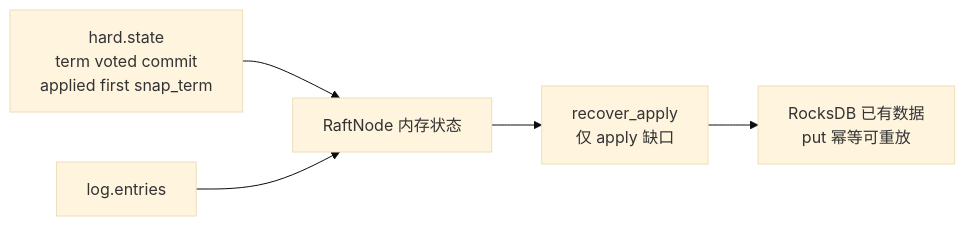
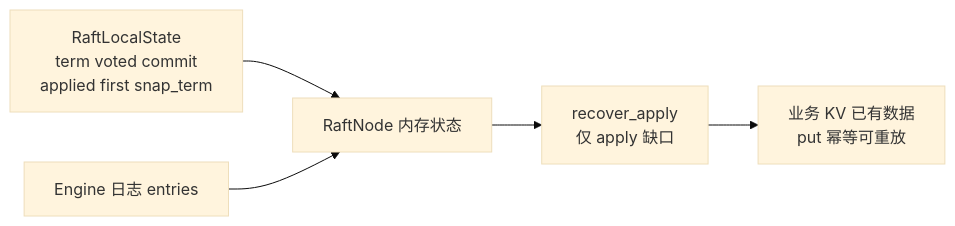
Before and after one commit to devotionalist/openkv: the second of 2 diagrams in docs/flows/04-fault-recovery.md, drawn with Mermaid (base theme). The commit also changed other lines of this file and 43 other files, not shown here.

First line of the commit message:
Split RaftNode into collaborators and drop unused RawNode/legacy persist.

````diff
--- a/docs/flows/04-fault-recovery.md
+++ b/docs/flows/04-fault-recovery.md
@@ -36,7 +36,7 @@
 ```mermaid
 flowchart LR
-  HS[hard.state<br/>term voted commit<br/>applied first snap_term] --> LN[RaftNode 内存状态]
-  LE[log.entries] --> LN
+  HS[RaftLocalState<br/>term voted commit<br/>applied first snap_term] --> LN[RaftNode 内存状态]
+  LE[Engine 日志 entries] --> LN
   LN --> RA[recover_apply<br/>仅 apply 缺口]
-  RA --> RD[RocksDB 已有数据<br/>put 幂等可重放]
+  RA --> RD[业务 KV 已有数据<br/>put 幂等可重放]
 ```
````
